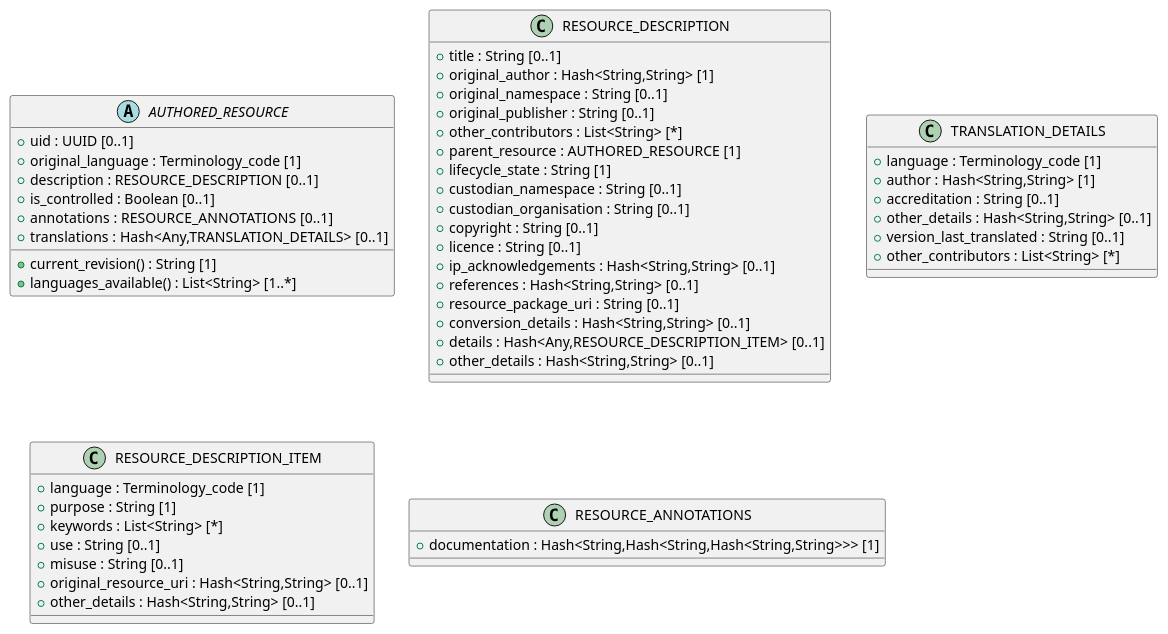
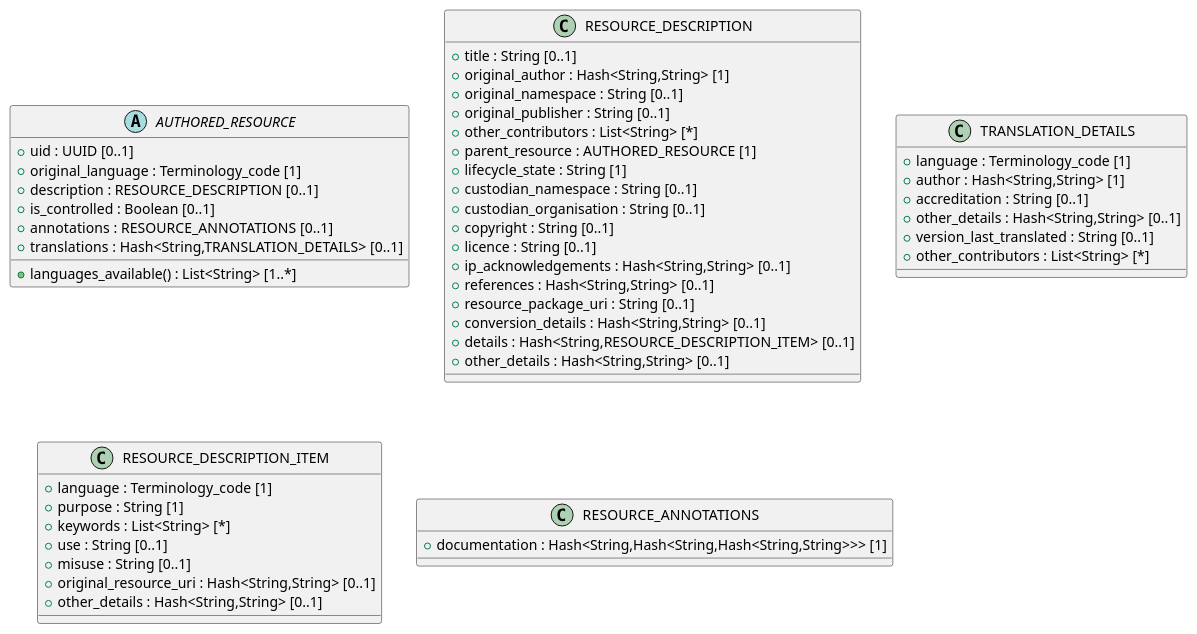
Before and after one commit to sebastian-iancu/code-generator: the diagram in code/Adoc/openehr_base_1.3.0/plantUML/packages/BASE-resource.adoc, drawn with PlantUML. The commit also changed 421 other files, not shown here.

```diff
--- a/code/Adoc/openehr_base_1.3.0/plantUML/packages/BASE-resource.adoc
+++ b/code/Adoc/openehr_base_1.3.0/plantUML/packages/BASE-resource.adoc
@@ -1,61 +1,60 @@
 [plantuml,org.openehr.base.resource,format=svg]
 -----
 @startuml
 
 abstract class AUTHORED_RESOURCE {
   + uid : UUID [0..1]
   + original_language : Terminology_code [1]
   + description : RESOURCE_DESCRIPTION [0..1]
   + is_controlled : Boolean [0..1]
   + annotations : RESOURCE_ANNOTATIONS [0..1]
-  + translations : Hash<Any,TRANSLATION_DETAILS> [0..1]
-  + current_revision() : String [1]
+  + translations : Hash<String,TRANSLATION_DETAILS> [0..1]
   + languages_available() : List<String> [1..*]
 }
 
 class RESOURCE_DESCRIPTION {
   + title : String [0..1]
   + original_author : Hash<String,String> [1]
   + original_namespace : String [0..1]
   + original_publisher : String [0..1]
   + other_contributors : List<String> [*]
   + parent_resource : AUTHORED_RESOURCE [1]
   + lifecycle_state : String [1]
   + custodian_namespace : String [0..1]
   + custodian_organisation : String [0..1]
   + copyright : String [0..1]
   + licence : String [0..1]
   + ip_acknowledgements : Hash<String,String> [0..1]
   + references : Hash<String,String> [0..1]
   + resource_package_uri : String [0..1]
   + conversion_details : Hash<String,String> [0..1]
-  + details : Hash<Any,RESOURCE_DESCRIPTION_ITEM> [0..1]
+  + details : Hash<String,RESOURCE_DESCRIPTION_ITEM> [0..1]
   + other_details : Hash<String,String> [0..1]
 }
 
 class TRANSLATION_DETAILS {
   + language : Terminology_code [1]
   + author : Hash<String,String> [1]
   + accreditation : String [0..1]
   + other_details : Hash<String,String> [0..1]
   + version_last_translated : String [0..1]
   + other_contributors : List<String> [*]
 }
 
 class RESOURCE_DESCRIPTION_ITEM {
   + language : Terminology_code [1]
   + purpose : String [1]
   + keywords : List<String> [*]
   + use : String [0..1]
   + misuse : String [0..1]
   + original_resource_uri : Hash<String,String> [0..1]
   + other_details : Hash<String,String> [0..1]
 }
 
 class RESOURCE_ANNOTATIONS {
   + documentation : Hash<String,Hash<String,Hash<String,String>>> [1]
 }
 
 
 @enduml
 -----
```
